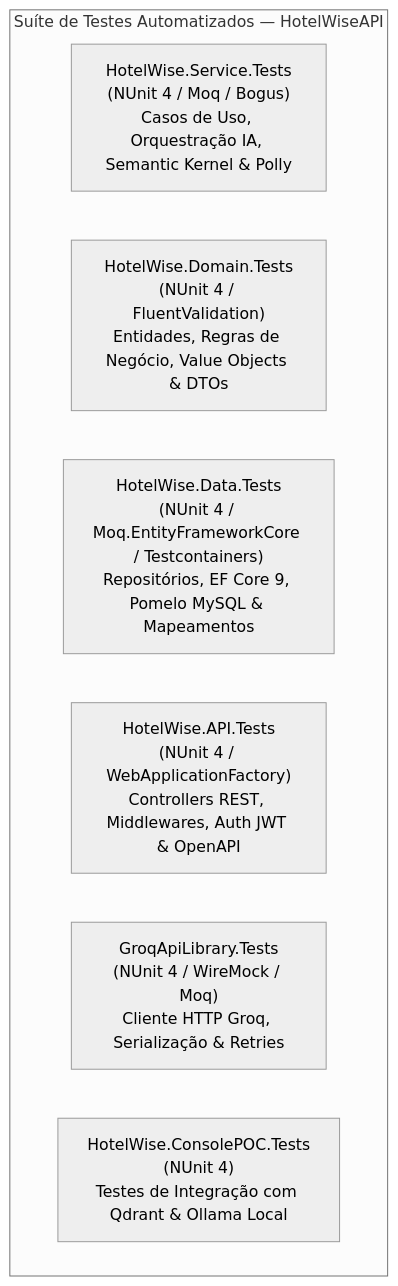
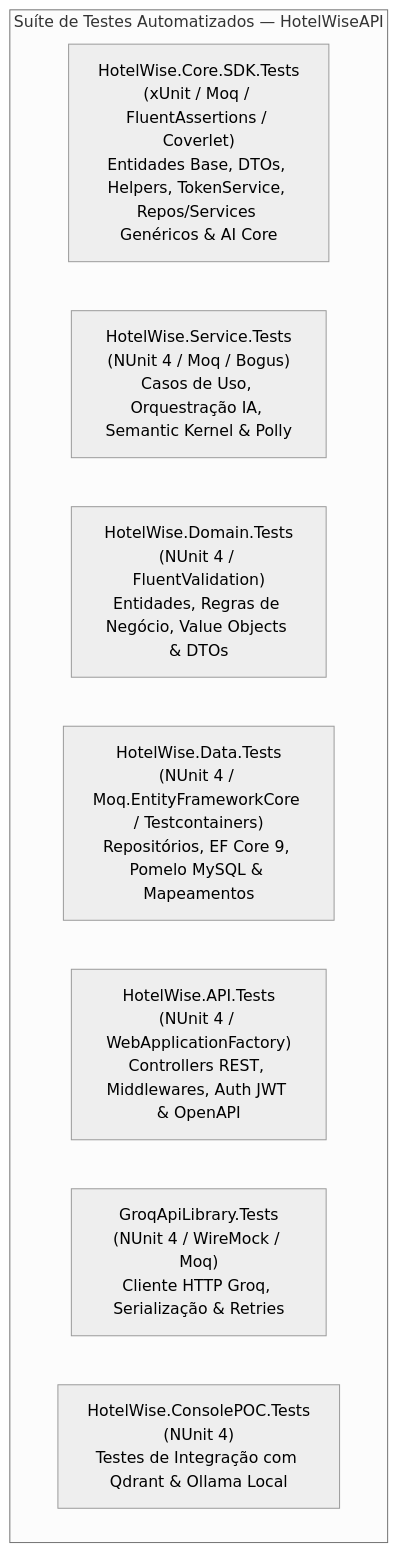
The diagram in DOCUMENTACAO/COVERAGE AND TEST/Diretrizes-Coverage-Backend-HotelWise.md (LeoneRocha/HotelWiseAPI), drawn with Mermaid (neutral theme) before and after one commit. The commit also changed other lines of this file and 4 other files, not shown here.

````diff
--- a/DOCUMENTACAO/COVERAGE AND TEST/Diretrizes-Coverage-Backend-HotelWise.md
+++ b/DOCUMENTACAO/COVERAGE AND TEST/Diretrizes-Coverage-Backend-HotelWise.md
@@ -17,11 +17,12 @@
 ```mermaid
 flowchart TD
     subgraph TestSuite["Suíte de Testes Automatizados — HotelWiseAPI"]
+        T0["HotelWise.Core.SDK.Tests\n(xUnit / Moq / FluentAssertions / Coverlet)\nEntidades Base, DTOs, Helpers, TokenService, Repos/Services Genéricos & AI Core"]
         T1["HotelWise.Service.Tests\n(NUnit 4 / Moq / Bogus)\nCasos de Uso, Orquestração IA, Semantic Kernel & Polly"]
         T2["HotelWise.Domain.Tests\n(NUnit 4 / FluentValidation)\nEntidades, Regras de Negócio, Value Objects & DTOs"]
         T3["HotelWise.Data.Tests\n(NUnit 4 / Moq.EntityFrameworkCore / Testcontainers)\nRepositórios, EF Core 9, Pomelo MySQL & Mapeamentos"]
         T4["HotelWise.API.Tests\n(NUnit 4 / WebApplicationFactory)\nControllers REST, Middlewares, Auth JWT & OpenAPI"]
         T5["GroqApiLibrary.Tests\n(NUnit 4 / WireMock / Moq)\nCliente HTTP Groq, Serialização & Retries"]
         T6["HotelWise.ConsolePOC.Tests\n(NUnit 4)\nTestes de Integração com Qdrant & Ollama Local"]
     end
 ```
````
